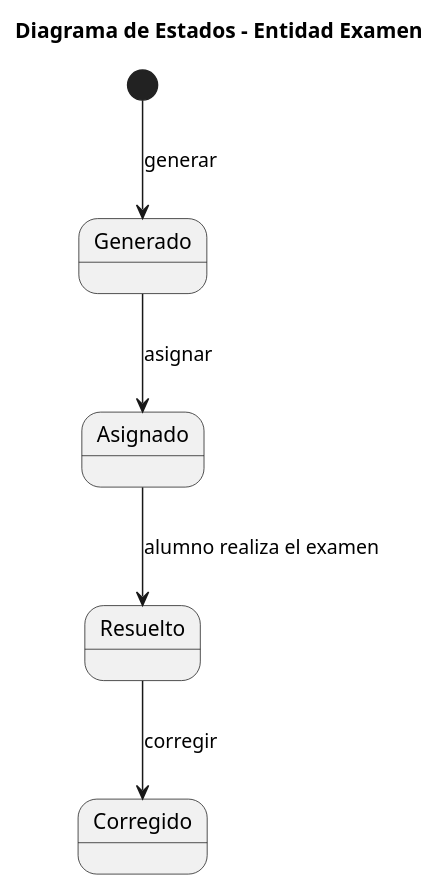
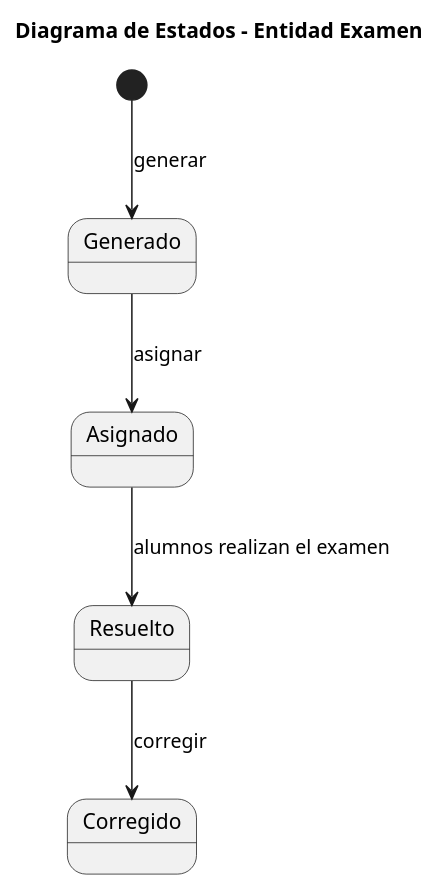
The diagram in documents/modelos/diagramas/diagramaEstados/diagramaEstadosExamen/diagramaEstadosExamen.puml (martinlopez7/25-26-IdSw1-SdR), drawn with PlantUML before and after one commit. The commit also changed 2 other files, not shown here.

Commit message:
Revert "fix(mdd): corrige diagrama de estados de examen"
This reverts commit e78555fc2a51048245997d8c634c914bf987a84c.

```diff
--- a/documents/modelos/diagramas/diagramaEstados/diagramaEstadosExamen/diagramaEstadosExamen.puml
+++ b/documents/modelos/diagramas/diagramaEstados/diagramaEstadosExamen/diagramaEstadosExamen.puml
@@ -1,9 +1,9 @@
 @startuml
 title Diagrama de Estados - Entidad Examen
 
  [*] --> Generado : generar
  Generado --> Asignado : asignar
- Asignado --> Resuelto : alumno realiza el examen
+ Asignado --> Resuelto : alumnos realizan el examen
  Resuelto --> Corregido : corregir
 
 @enduml
```
